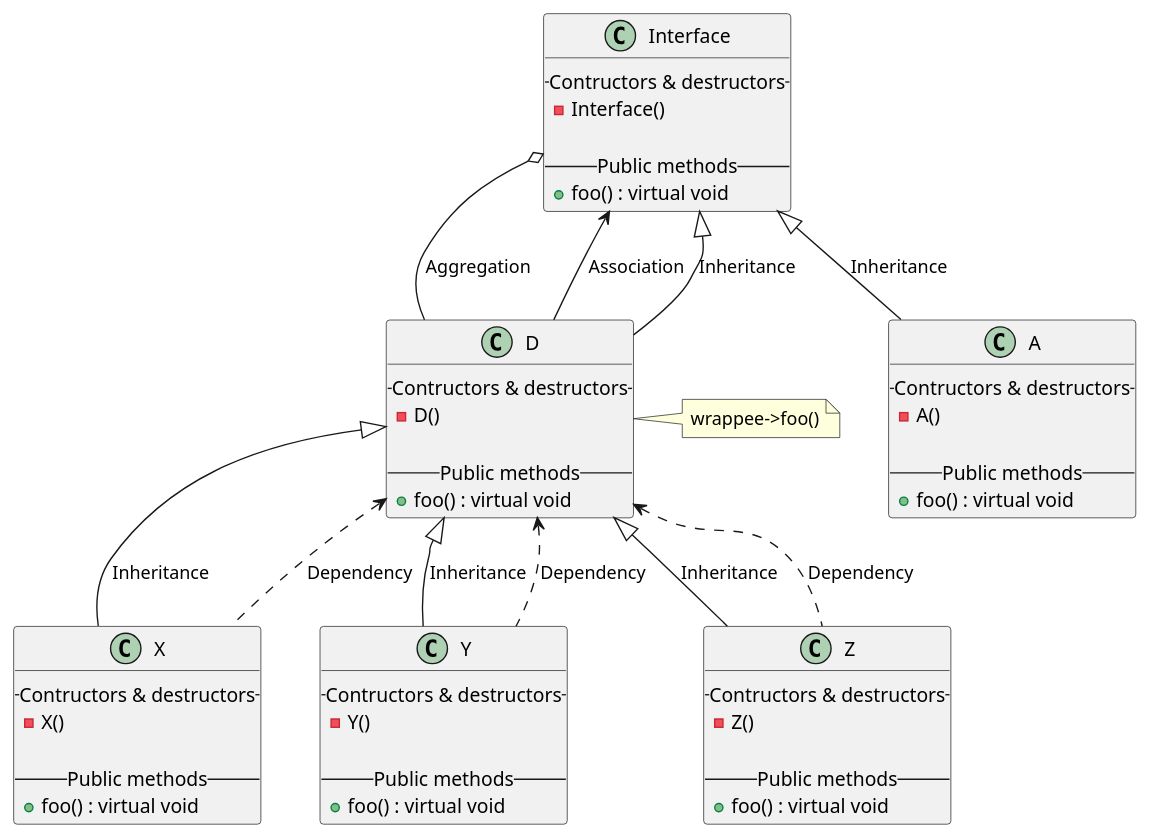
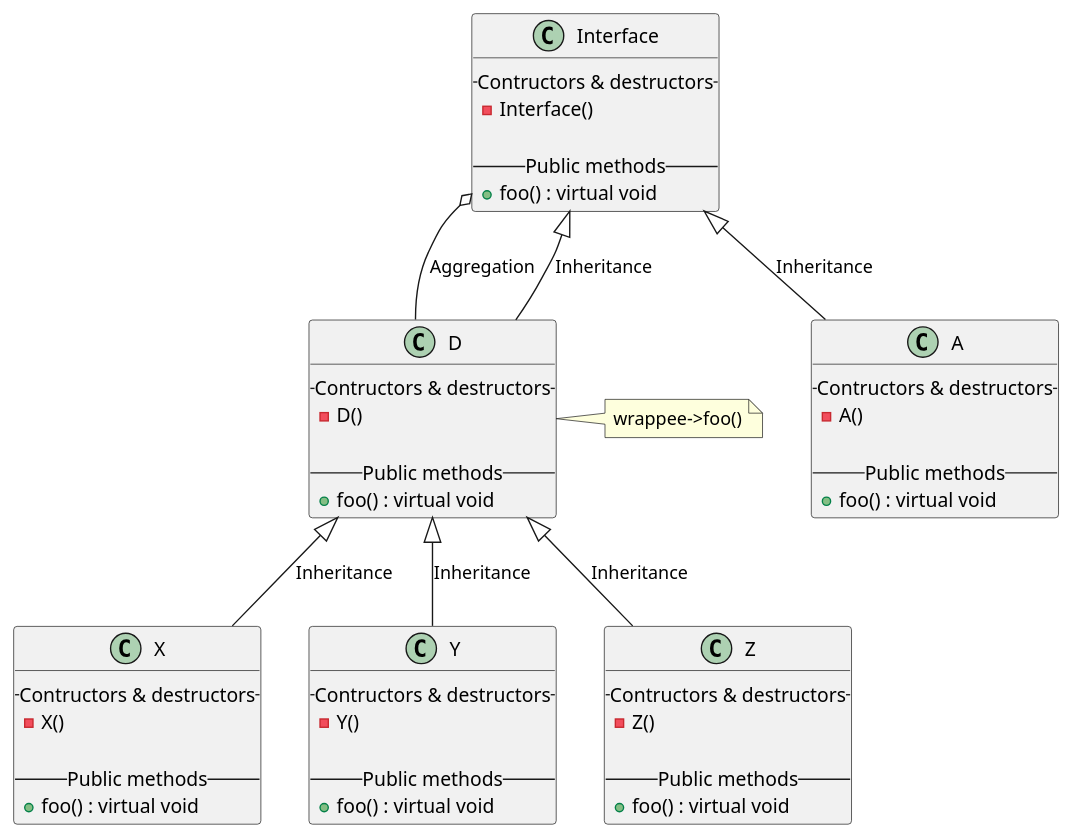
One commit to PhysicsX/DesignPatterns changed the diagram in Structural/DecoratorPattern/Example1/UML/Instance.puml. Above: the diagram before and after it, drawn with PlantUML.

Commit message:
Correct the uml decorator pattern

```diff
--- a/Structural/DecoratorPattern/Example1/UML/Instance.puml
+++ b/Structural/DecoratorPattern/Example1/UML/Instance.puml
@@ -1,74 +1,70 @@
 @startuml
 
 Interface <|-- A: Inheritance
 Interface o-- D: Aggregation
-Interface <-- D: Association
 Interface <|-- D: Inheritance
+
 D <|-- X: Inheritance
 D <|-- Y: Inheritance
 D <|-- Z: Inheritance
-
-D <.. X: Dependency
-D <.. Y: Dependency
-D <.. Z: Dependency
 
 note "wrappee->foo()" as n1
 D -right-> n1
 
 class Interface
 {
     -- Contructors & destructors --
     - Interface()
     
     -- Public methods --
     + foo() : virtual void
 }
 
 class A
 {
     -- Contructors & destructors --
     - A()
     
     -- Public methods --
     + foo() : virtual void
 }
 
 class D
 {
     -- Contructors & destructors --
     - D()
     
     -- Public methods --
     + foo() : virtual void
 }
 
 
 class X
 {
     -- Contructors & destructors --
     - X()
     
     -- Public methods --
     + foo() : virtual void
 }
 
 class Y
 {
     -- Contructors & destructors --
     - Y()
     
     -- Public methods --
     + foo() : virtual void
 }
 
 class Z
 {
     -- Contructors & destructors --
     - Z()
     
     -- Public methods --
     + foo() : virtual void
 }
 
 
 @enduml
```
